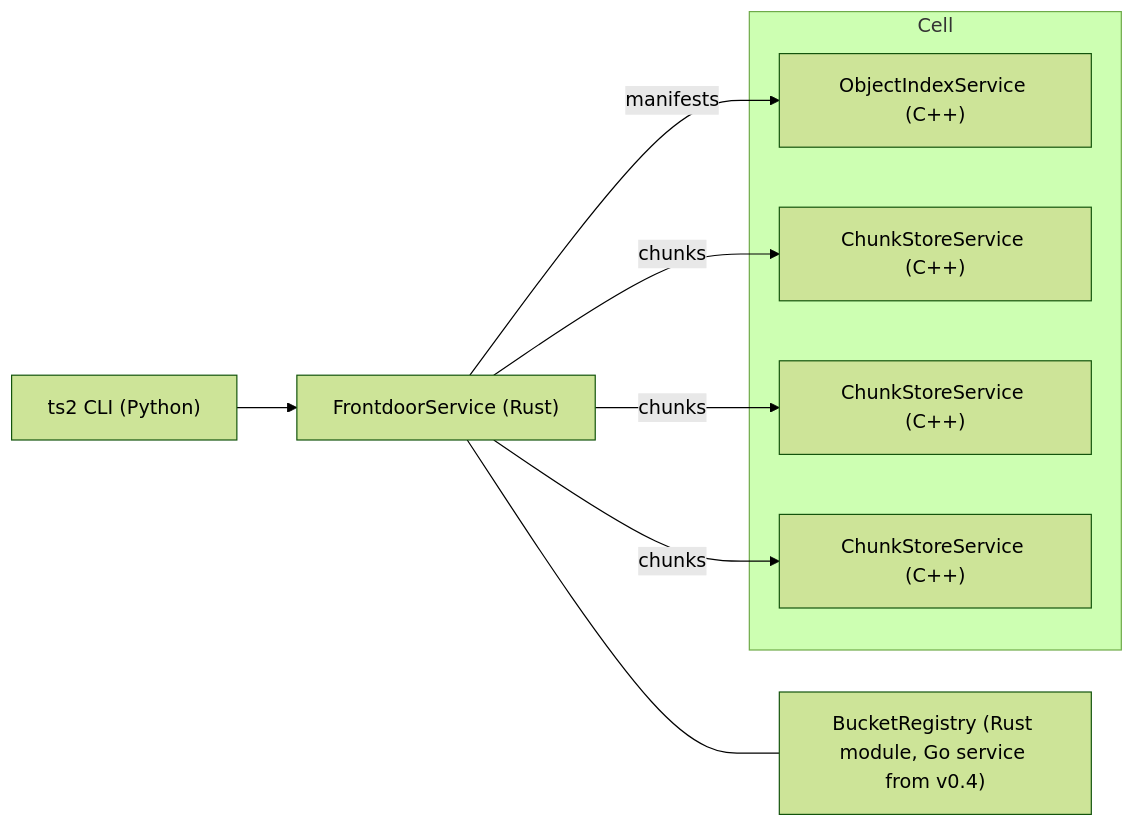
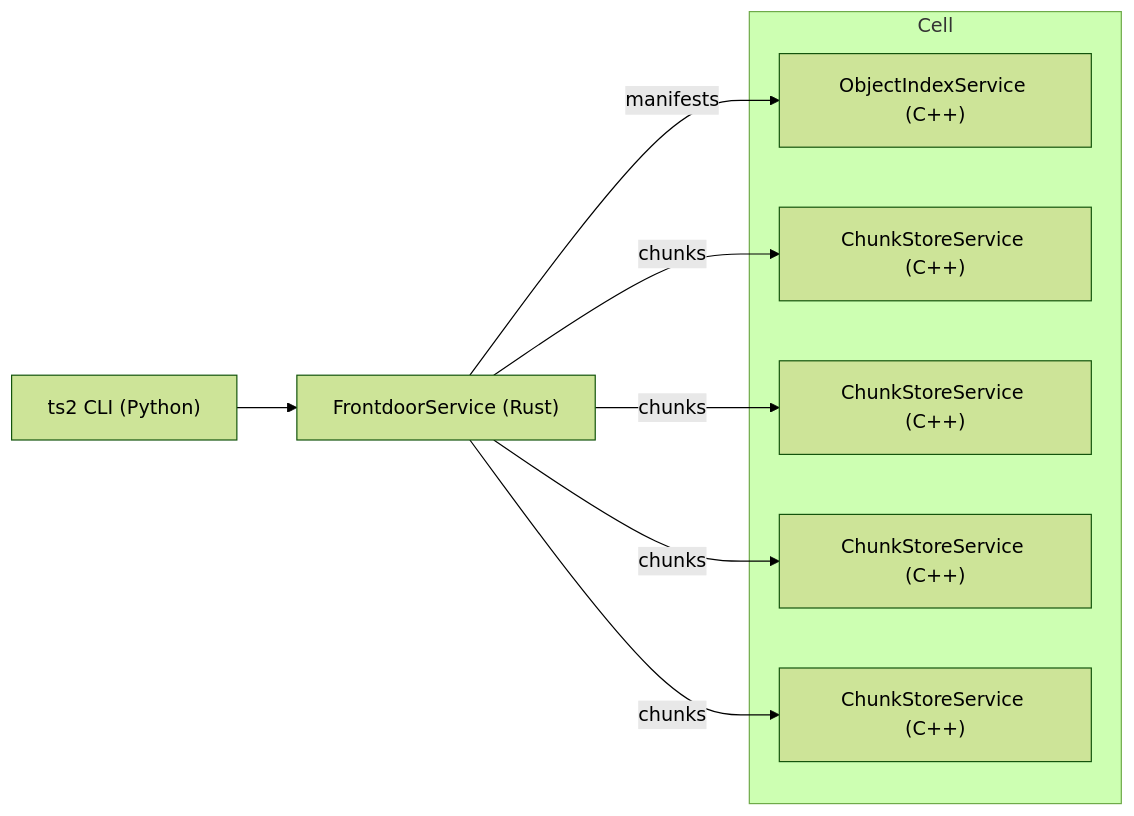
One commit to pratikSethi/toy-storage-service changed the diagram in README.md. Above: the diagram before and after it, drawn with Mermaid (forest theme). The commit also changed other lines of this file and 24 other files, not shown here.

````diff
--- a/README.md
+++ b/README.md
@@ -38,15 +38,16 @@
 ```mermaid
 flowchart LR
   C["ts2 CLI (Python)"] --> F["FrontdoorService (Rust)"]
-  F --- R["BucketRegistry (Rust module, Go service from v0.4)"]
   subgraph Cell["Cell"]
     I["ObjectIndexService (C++)"]
     N1["ChunkStoreService (C++)"]
     N2["ChunkStoreService (C++)"]
     N3["ChunkStoreService (C++)"]
+    N4["ChunkStoreService (C++)"]
   end
   F -->|manifests| I
   F -->|chunks| N1
   F -->|chunks| N2
   F -->|chunks| N3
+  F -->|chunks| N4
 ```
````
